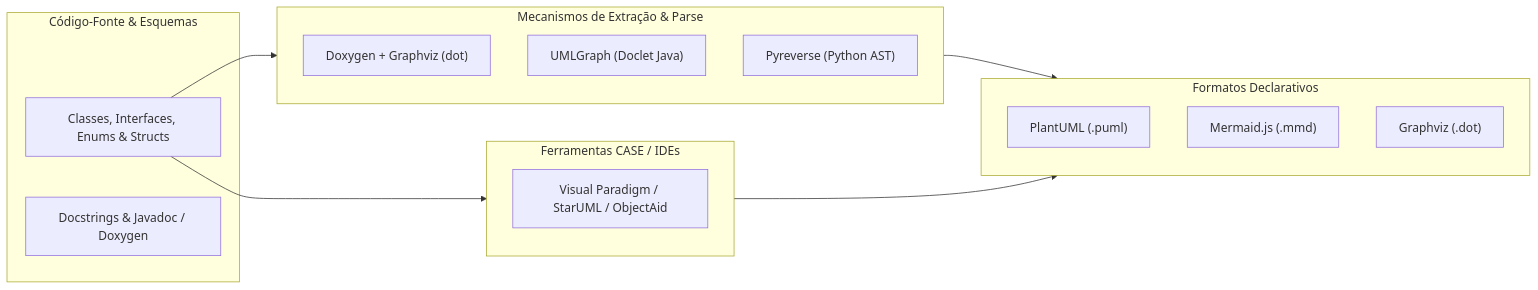
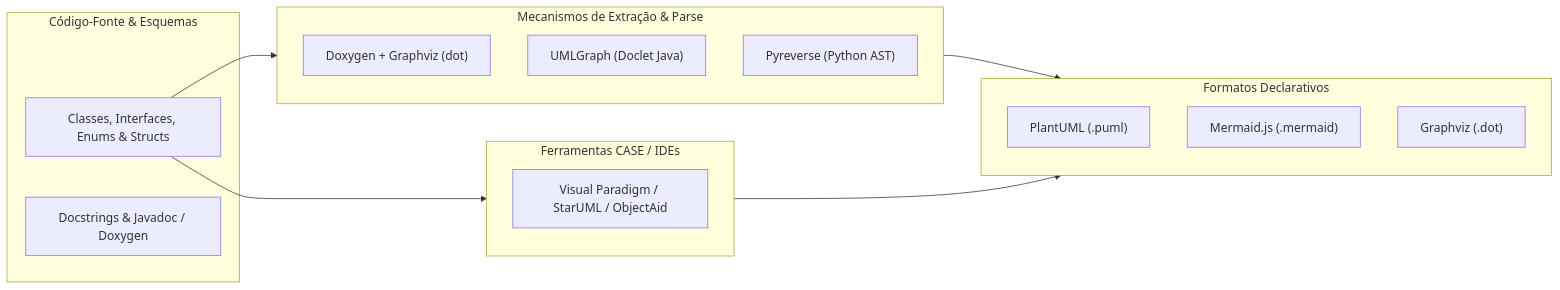
One commit to dandgabr/skills changed the first of 3 diagrams in skills/mapping/uml-diagram-generation/SKILL.md. Above: the diagram before and after it, drawn with Mermaid. The commit also changed other lines of this file, not shown here.

Commit message:
docs(skill): standardize Mermaid file extension references to .mermaid

````diff
--- a/skills/mapping/uml-diagram-generation/SKILL.md
+++ b/skills/mapping/uml-diagram-generation/SKILL.md
@@ -16,28 +16,28 @@
 ```mermaid
 flowchart LR
     subgraph Code["Código-Fonte & Esquemas"]
         SRC["Classes, Interfaces, Enums & Structs"]
         DOCS["Docstrings & Javadoc / Doxygen"]
     end
 
     subgraph Generators["Mecanismos de Extração & Parse"]
         DOXYGEN["Doxygen + Graphviz (dot)"]
         UMLGRAPH["UMLGraph (Doclet Java)"]
         PYREVERSE["Pyreverse (Python AST)"]
     end
 
     subgraph Formats["Formatos Declarativos"]
         PLANTUML["PlantUML (.puml)"]
-        MERMAID["Mermaid.js (.mmd)"]
+        MERMAID["Mermaid.js (.mermaid)"]
         GRAPHVIZ["Graphviz (.dot)"]
     end
 
     subgraph EnterpriseTools["Ferramentas CASE / IDEs"]
         VP["Visual Paradigm / StarUML / ObjectAid"]
     end
 
     SRC --> Generators
     Generators --> Formats
     SRC --> EnterpriseTools
     EnterpriseTools --> Formats
 ```
````
